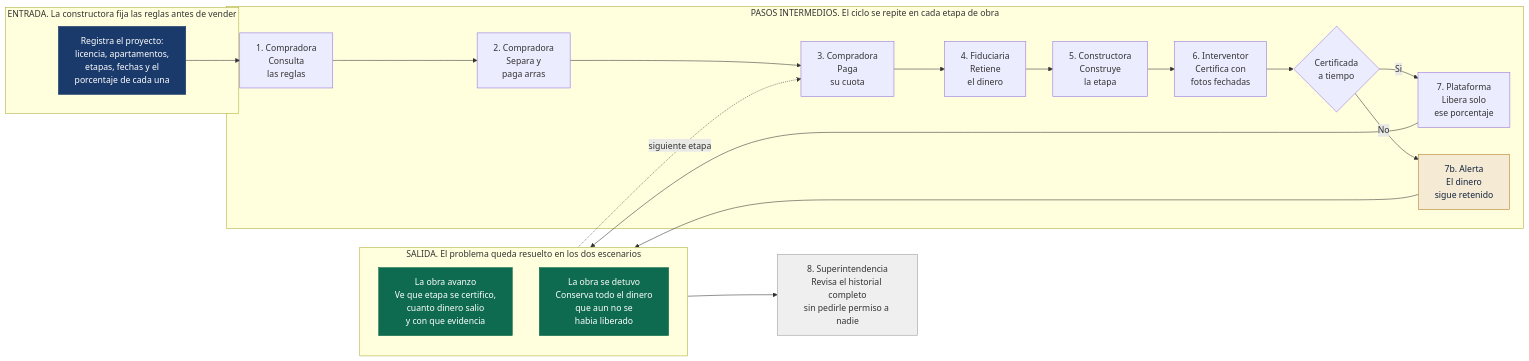
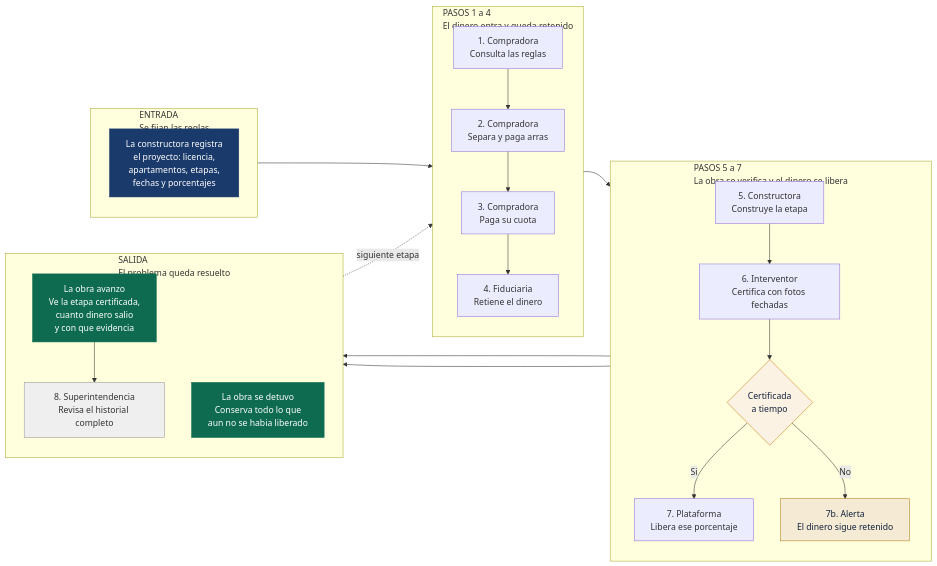
Before and after one commit to ViviendaStellar/Proyecto_Vivienda_Stellar: the diagram in docs/Semana2/ProductBlueprint.md, drawn with Mermaid.

Commit message:
docs: Reorganizar el diagrama en cuatro fases para que sea legible
Nueve nodos en una sola fila horizontal quedaban diminutos. Ahora el
recorrido se agrupa en cuatro bloques que se leen de izquierda a derecha
y cada uno apila sus pasos en vertical, de modo que el diagrama queda
equilibrado y cabe en pantalla.

La agrupacion ademas narra el modelo del producto: se fijan las reglas,
el dinero entra y queda retenido, la obra se verifica y el dinero se
libera, y el problema queda resuelto. La Superintendencia se integra al
bloque de salida en lugar de quedar suelta.

````diff
--- a/docs/Semana2/ProductBlueprint.md
+++ b/docs/Semana2/ProductBlueprint.md
@@ -54,39 +54,49 @@
 ```mermaid
 flowchart LR
-    subgraph ENT["ENTRADA. La constructora fija las reglas antes de vender"]
-        E["Registra el proyecto:<br/>licencia, apartamentos,<br/>etapas, fechas y el<br/>porcentaje de cada una"]
+    subgraph ENT["ENTRADA<br/>Se fijan las reglas"]
+        direction TB
+        E["La constructora registra<br/>el proyecto: licencia,<br/>apartamentos, etapas,<br/>fechas y porcentajes"]
     end
 
-    subgraph CIC["PASOS INTERMEDIOS. El ciclo se repite en cada etapa de obra"]
-        P1["1. Compradora<br/>Consulta<br/>las reglas"]
-        P2["2. Compradora<br/>Separa y<br/>paga arras"]
-        P3["3. Compradora<br/>Paga<br/>su cuota"]
-        P4["4. Fiduciaria<br/>Retiene<br/>el dinero"]
-        P5["5. Constructora<br/>Construye<br/>la etapa"]
-        P6["6. Interventor<br/>Certifica con<br/>fotos fechadas"]
+    subgraph APO["PASOS 1 a 4<br/>El dinero entra y queda retenido"]
+        direction TB
+        P1["1. Compradora<br/>Consulta las reglas"]
+        P2["2. Compradora<br/>Separa y paga arras"]
+        P3["3. Compradora<br/>Paga su cuota"]
+        P4["4. Fiduciaria<br/>Retiene el dinero"]
+        P1 --> P2 --> P3 --> P4
+    end
+
+    subgraph VER["PASOS 5 a 7<br/>La obra se verifica y el dinero se libera"]
+        direction TB
+        P5["5. Constructora<br/>Construye la etapa"]
+        P6["6. Interventor<br/>Certifica con fotos fechadas"]
         D{"Certificada<br/>a tiempo"}
-        P7["7. Plataforma<br/>Libera solo<br/>ese porcentaje"]
-        AL["7b. Alerta<br/>El dinero<br/>sigue retenido"]
-        P1 --> P2 --> P3 --> P4 --> P5 --> P6 --> D
+        P7["7. Plataforma<br/>Libera ese porcentaje"]
+        AL["7b. Alerta<br/>El dinero sigue retenido"]
+        P5 --> P6 --> D
         D -->|Si| P7
         D -->|No| AL
     end
 
-    subgraph SAL["SALIDA. El problema queda resuelto en los dos escenarios"]
+    subgraph SAL["SALIDA<br/>El problema queda resuelto"]
         direction TB
-        S1["La obra avanzo<br/>Ve que etapa se certifico,<br/>cuanto dinero salio<br/>y con que evidencia"]
-        S2["La obra se detuvo<br/>Conserva todo el dinero<br/>que aun no se<br/>habia liberado"]
+        S1["La obra avanzo<br/>Ve la etapa certificada,<br/>cuanto dinero salio<br/>y con que evidencia"]
+        S2["La obra se detuvo<br/>Conserva todo lo que<br/>aun no se habia liberado"]
+        SIC["8. Superintendencia<br/>Revisa el historial completo"]
     end
 
     E --> P1
+    P4 --> P5
     P7 --> S1
     AL --> S2
+    S1 --> SIC
     S1 -.siguiente etapa.-> P3
-    S1 --> SIC["8. Superintendencia<br/>Revisa el historial completo<br/>sin pedirle permiso a nadie"]
 
     style E fill:#1A3A6B,color:#fff,stroke:#1A3A6B
+    style D fill:#FCF2E3,color:#12223D,stroke:#C97A12
+    style AL fill:#F5EAD4,color:#12223D,stroke:#B07A1A
     style S1 fill:#0E6B4F,color:#fff,stroke:#0E6B4F
     style S2 fill:#0E6B4F,color:#fff,stroke:#0E6B4F
-    style AL fill:#F5EAD4,color:#12223D,stroke:#B07A1A
     style SIC fill:#EFEFEF,color:#333,stroke:#999
 ```
````
